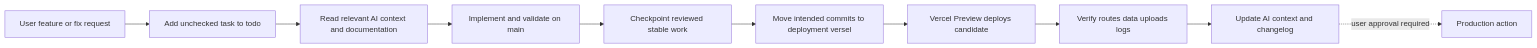
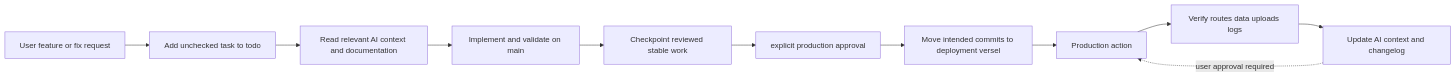
The diagram in ai-context/branch-and-release-workflow.md (Fedi-Nasri/Portfolio), drawn with Mermaid before and after one commit. The commit also changed other lines of this file and 9 other files, not shown here.

````diff
--- a/ai-context/branch-and-release-workflow.md
+++ b/ai-context/branch-and-release-workflow.md
@@ -17,12 +24,13 @@
 ```mermaid
 flowchart LR
   Request[User feature or fix request] --> Todo[Add unchecked task to todo]
   Todo --> Context[Read relevant AI context and documentation]
   Context --> Main[Implement and validate on main]
   Main --> Checkpoint[Checkpoint reviewed stable work]
-  Checkpoint --> Candidate[Move intended commits to deployment versel]
-  Candidate --> Preview[Vercel Preview deploys candidate]
-  Preview --> Evidence[Verify routes data uploads logs]
+  Checkpoint --> Approval[explicit production approval]
+  Approval --> Candidate[Move intended commits to deployment versel]
+  Candidate --> Production[Vercel Production deploys candidate]
+  Production --> Evidence[Verify routes data uploads logs]
   Evidence --> Record[Update AI context and changelog]
   Record -. user approval required .-> Production[Production action]
 ```
````
